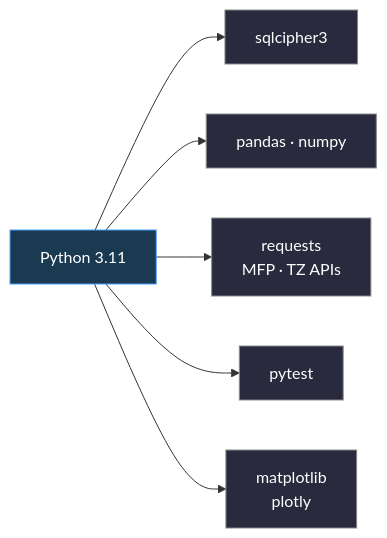
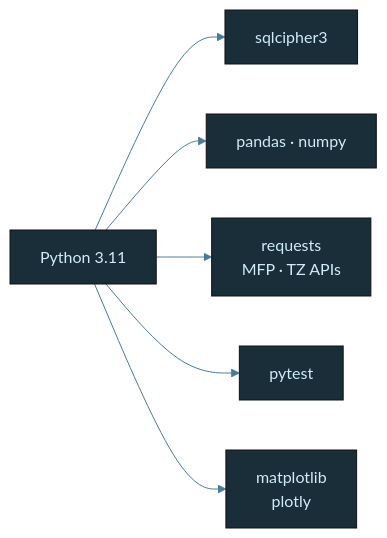
Before and after one commit to tylerdrakemusic/-Workspace: the diagram in diagrams/life-tech-stack.mmd, drawn with Mermaid. The commit also changed 18 other files, not shown here.

Commit message:
[auto-commit] style(diagrams): apply STYLE_GUIDE.md palette + theme + legend

```diff
--- a/diagrams/life-tech-stack.mmd
+++ b/diagrams/life-tech-stack.mmd
@@ -1,11 +1,19 @@
+%%{init: {'theme': 'base', 'themeVariables': {'primaryColor': '#1a2e3a', 'primaryTextColor': '#d0ecf8', 'edgeLabelBackground': '#0f1318', 'lineColor': '#4a7a9a'}}}%%
 graph LR
     Python[Python 3.11] --> SQLCipher[sqlcipher3]
     Python --> Pandas[pandas · numpy]
     Python --> Requests[requests<br/>MFP · TZ APIs]
     Python --> Pytest[pytest]
     Python --> Matplotlib[matplotlib<br/>plotly]
-
-    classDef lang fill:#1a3a52,stroke:#4a9eff,color:#fff
-    classDef lib fill:#2a2a3e,stroke:#888,color:#fff
     class Python lang
     class SQLCipher,Pandas,Requests,Pytest,Matplotlib lib
+
+classDef life     fill:#1a2e3a,stroke:#6ab4d4,color:#d0ecf8
+classDef music    fill:#3a1a24,stroke:#d47a8f,color:#f8d0dc
+classDef quantum  fill:#251a3a,stroke:#a07adf,color:#e8d0f8
+classDef manifest fill:#3a2e1a,stroke:#d4a96a,color:#f8ead0
+classDef ws       fill:#1a3a30,stroke:#6ad4b4,color:#d0f8ee
+classDef tyler    fill:#2a1a3a,stroke:#9e4aff,color:#fff
+classDef ext      fill:#3a2020,stroke:#ff7a7a,color:#ffd0d0
+classDef db       fill:#3a3010,stroke:#d4c050,color:#f8f0c0
+classDef state    fill:#1a1a1a,stroke:#888888,color:#cccccc
```
